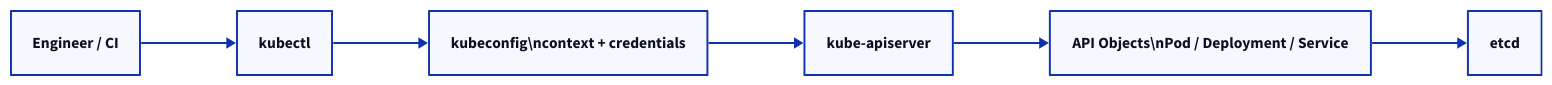
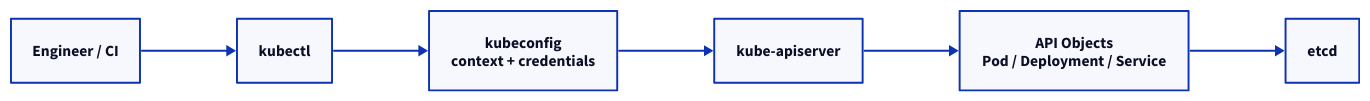
The first of 2 diagrams in docs/kubernetes/kubectl-essentials-and-workflows.md (rebash-rebash/rebash-academy), drawn with D2 before and after one commit. The commit also changed other lines of this file and 177 other files, not shown here.

First line of the commit message:
Ship Terraform track, diagram polish, and new brand favicon.

````diff
--- a/docs/kubernetes/kubectl-essentials-and-workflows.md
+++ b/docs/kubernetes/kubectl-essentials-and-workflows.md
@@ -53,15 +53,15 @@
 ```d2
 direction: right
 
 USER: "Engineer / CI"
     KUBECTL: kubectl
-    KCFG: "kubeconfig\\ncontext + credentials"
+    KCFG: "kubeconfig\ncontext + credentials"
     API: kube-apiserver
-    OBJ: "API Objects\\nPod / Deployment / Service"
+    OBJ: "API Objects\nPod / Deployment / Service"
     ETCD: etcd
     USER -> KUBECTL
     KUBECTL -> KCFG
     KCFG -> API
     API -> OBJ
     OBJ -> ETCD
 ```
````
